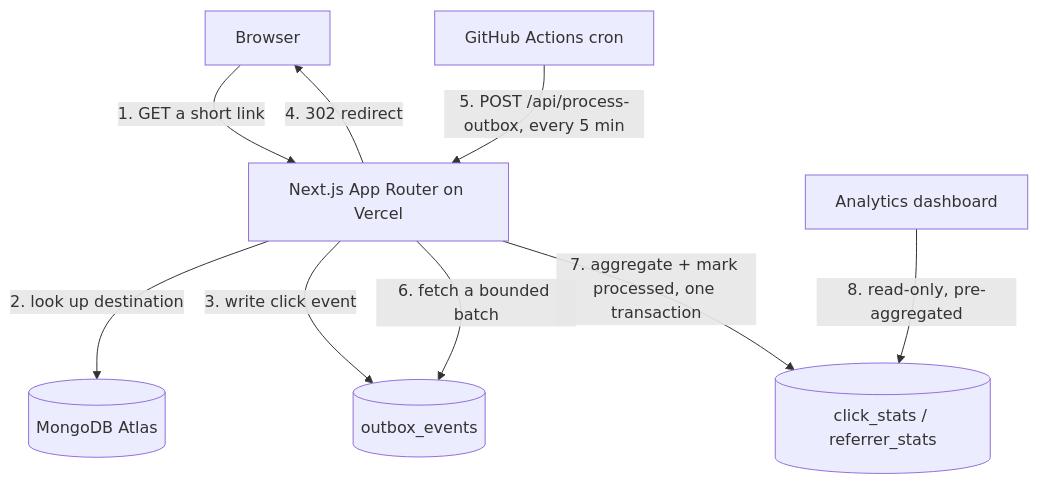
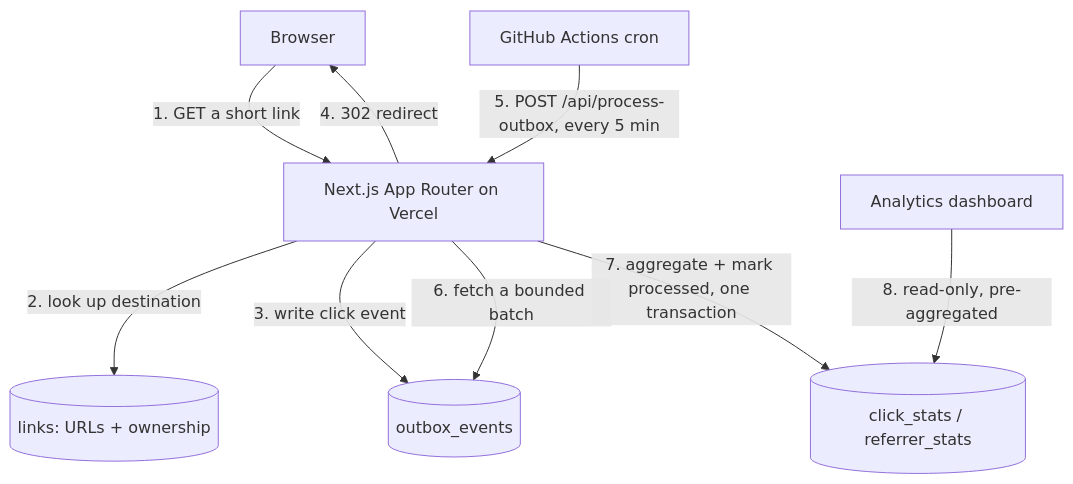
The diagram in README.md (Ravi-Nakrani/url-shortner), drawn with Mermaid before and after one commit. The commit also changed other lines of this file and 3 other files, not shown here.

First line of the commit message:
polish: final portfolio pass — original URL, honest phrasing, richer diagram

````diff
--- a/README.md
+++ b/README.md
@@ -55,21 +55,21 @@
 ```mermaid
 flowchart TD
     Browser[Browser]
     NextJS[Next.js App Router on Vercel]
-    Mongo[(MongoDB Atlas)]
+    Links[(links: URLs + ownership)]
     Outbox[(outbox_events)]
     GHA[GitHub Actions cron]
     Rollups[(click_stats / referrer_stats)]
     Dashboard[Analytics dashboard]
 
     Browser -- "1. GET a short link" --> NextJS
-    NextJS -- "2. look up destination" --> Mongo
+    NextJS -- "2. look up destination" --> Links
     NextJS -- "3. write click event" --> Outbox
     NextJS -- "4. 302 redirect" --> Browser
 
     GHA -- "5. POST /api/process-outbox, every 5 min" --> NextJS
     NextJS -- "6. fetch a bounded batch" --> Outbox
     NextJS -- "7. aggregate + mark processed, one transaction" --> Rollups
 
     Dashboard -- "8. read-only, pre-aggregated" --> Rollups
 ```
````
